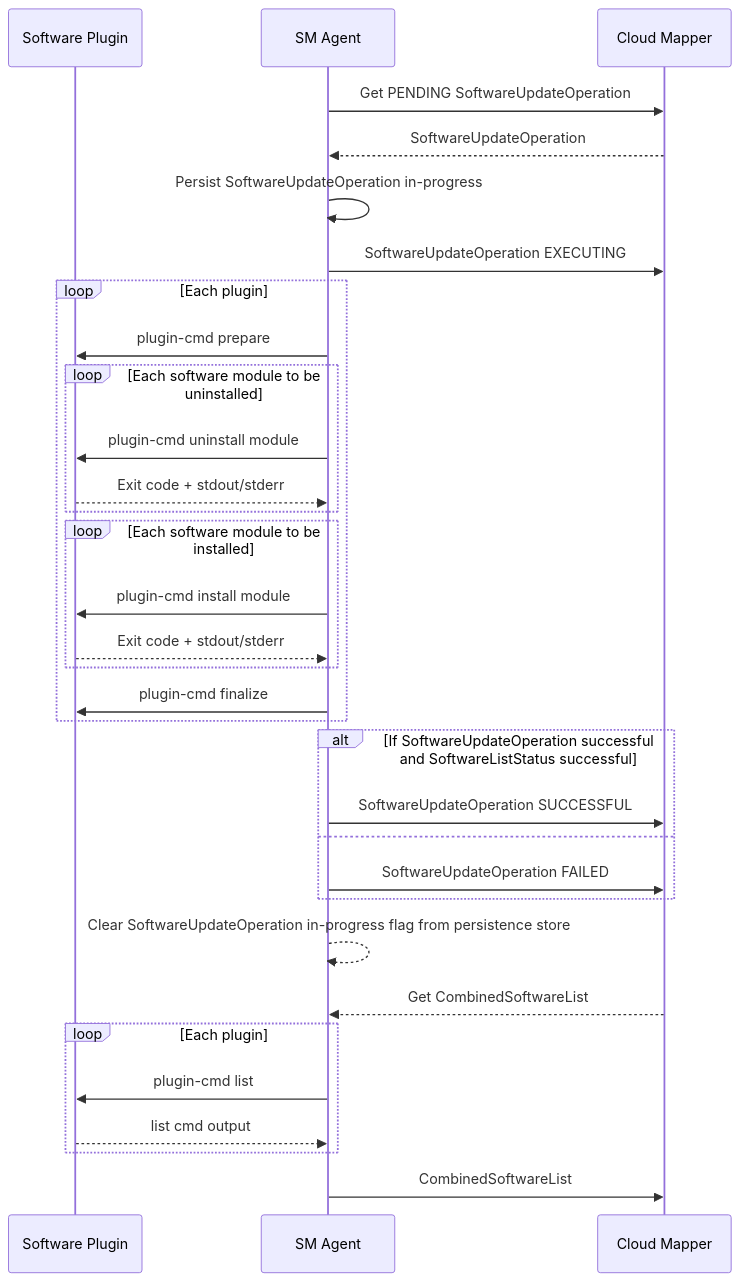
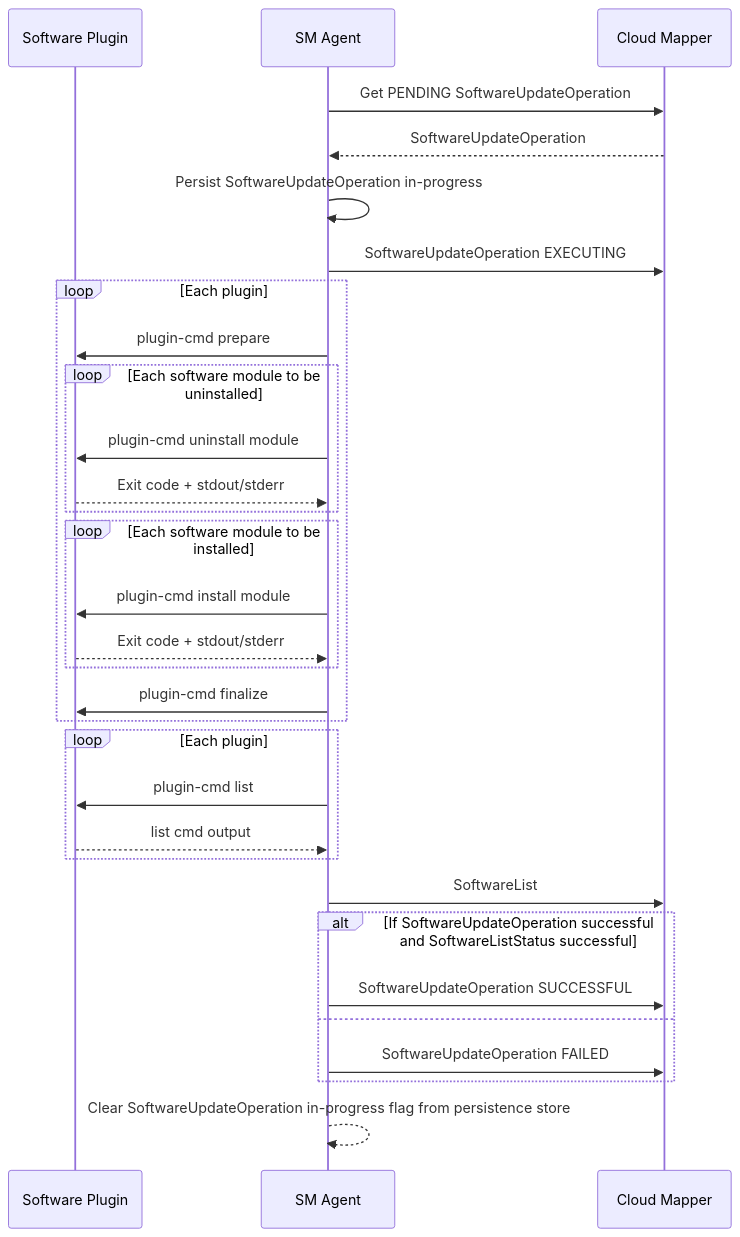
The third of 3 diagrams in src/software-management/sm-agent.md (thin-edge/thin-edge.io-specs), drawn with Mermaid before and after one commit. The commit also changed other lines of this file, not shown here.

Commit message:
Updated MQTT topic scheme and software update request handling

````diff
--- a/src/software-management/sm-agent.md
+++ b/src/software-management/sm-agent.md
@@ -29,43 +42,41 @@
 ```mermaid
 sequenceDiagram
     participant Software Plugin
     participant SM Agent
     participant Cloud Mapper
 
     SM Agent->>Cloud Mapper: Get PENDING SoftwareUpdateOperation
     Cloud Mapper-->>SM Agent: SoftwareUpdateOperation
 
     SM Agent->>SM Agent: Persist SoftwareUpdateOperation in-progress
     SM Agent->>Cloud Mapper: SoftwareUpdateOperation EXECUTING
     loop Each plugin
         SM Agent->>Software Plugin: plugin-cmd prepare
 
         loop Each software module to be uninstalled
             SM Agent->>Software Plugin: plugin-cmd uninstall module
             Software Plugin-->>SM Agent: Exit code + stdout/stderr
         end
 
         loop Each software module to be installed
             SM Agent->>Software Plugin: plugin-cmd install module
             Software Plugin-->>SM Agent: Exit code + stdout/stderr
         end
 
         SM Agent->>Software Plugin: plugin-cmd finalize
     end
 
+    loop Each plugin
+        SM Agent->>Software Plugin: plugin-cmd list
+        Software Plugin-->>SM Agent: list cmd output
+    end
+    SM Agent->>Cloud Mapper: SoftwareList
+
     alt If SoftwareUpdateOperation successful and SoftwareListStatus successful
         SM Agent->>Cloud Mapper: SoftwareUpdateOperation SUCCESSFUL
     else
         SM Agent->>Cloud Mapper: SoftwareUpdateOperation FAILED
     end
 
     SM Agent-->>SM Agent: Clear SoftwareUpdateOperation in-progress flag from persistence store
-
-    Cloud Mapper-->>SM Agent: Get CombinedSoftwareList
-    loop Each plugin
-        SM Agent->>Software Plugin: plugin-cmd list
-        Software Plugin-->>SM Agent: list cmd output
-    end
-    SM Agent->>Cloud Mapper: CombinedSoftwareList
-
 ```
````
